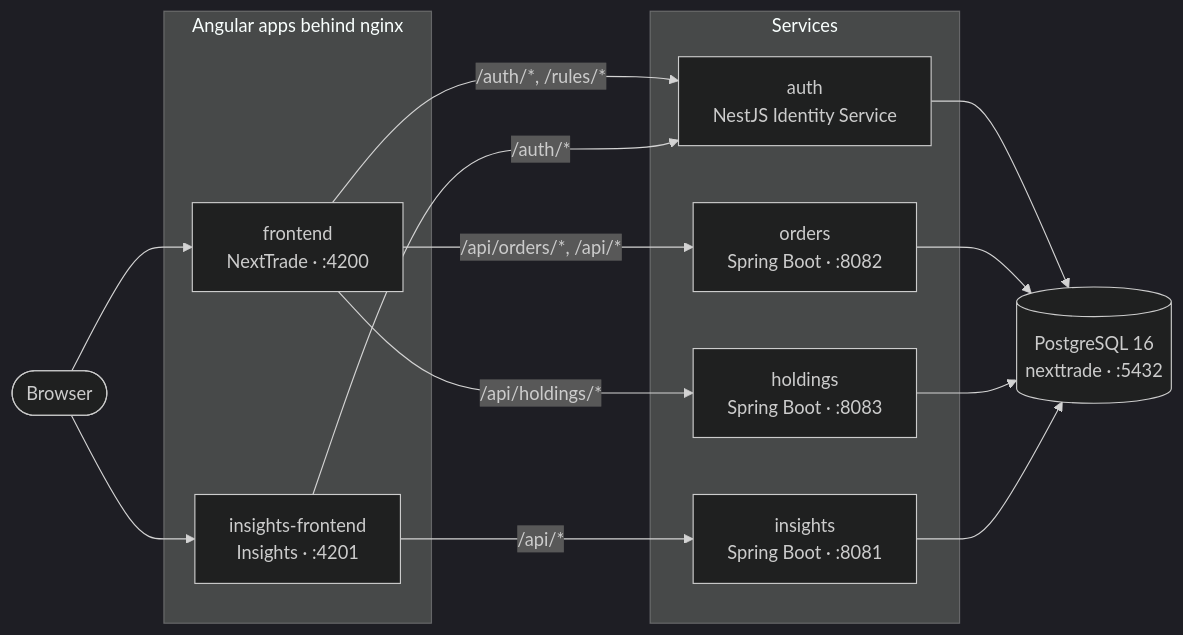
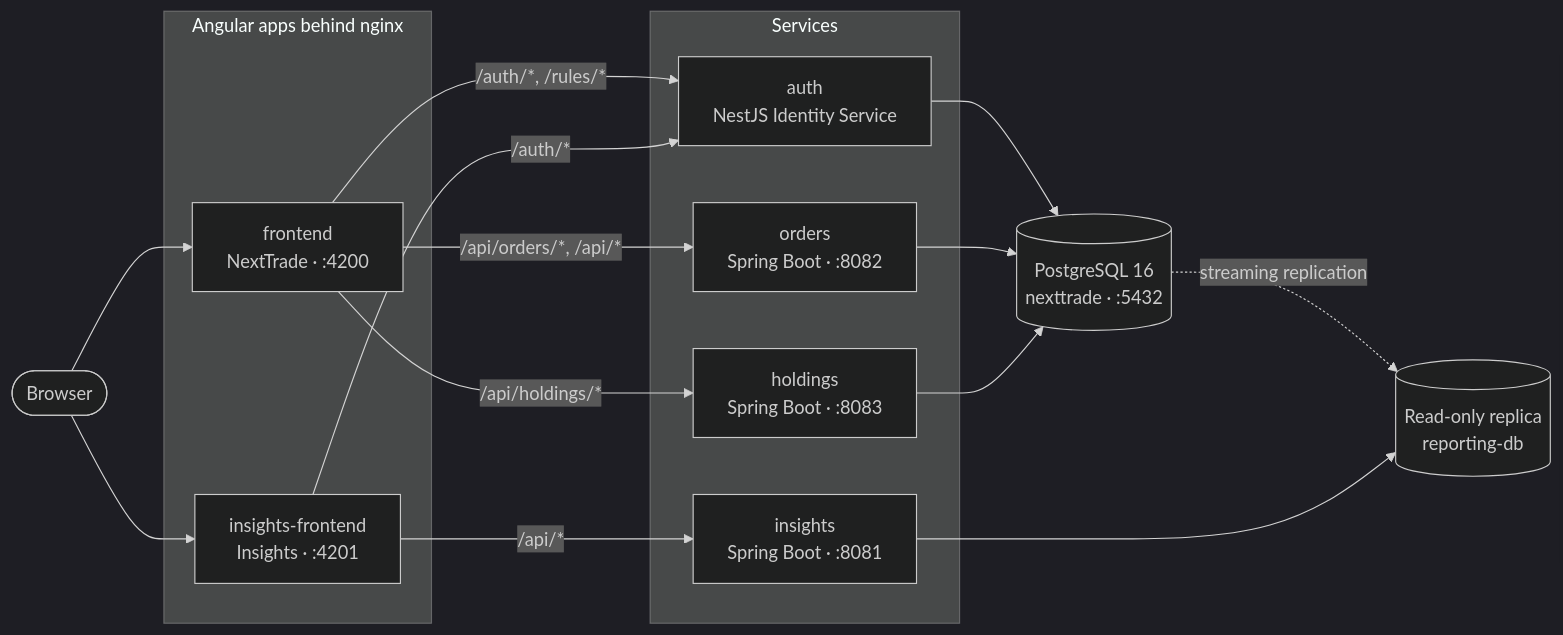
One commit to juliawiecek/lil-leap changed the first of 2 diagrams in README.md. Above: the diagram before and after it, drawn with Mermaid (dark theme). The commit also changed other lines of this file and 2 other files, not shown here.

Commit message:
feat(compose): restore the reporting replica so Insights never queries the main database (BR-16)

````diff
--- a/README.md
+++ b/README.md
@@ -101,26 +101,29 @@
 ```mermaid
 flowchart LR
     browser([Browser])
 
     subgraph web["Angular apps behind nginx"]
         fe["frontend<br/>NextTrade · :4200"]
         ife["insights-frontend<br/>Insights · :4201"]
     end
 
     subgraph services["Services"]
         auth["auth<br/>NestJS Identity Service"]
         orders["orders<br/>Spring Boot · :8082"]
         holdings["holdings<br/>Spring Boot · :8083"]
         insights["insights<br/>Spring Boot · :8081"]
     end
 
     db[("PostgreSQL 16<br/>nexttrade · :5432")]
+    replica[("Read-only replica<br/>reporting-db")]
 
     browser --> fe & ife
     fe -- "/auth/*, /rules/*" --> auth
     fe -- "/api/orders/*, /api/*" --> orders
     fe -- "/api/holdings/*" --> holdings
     ife -- "/auth/*" --> auth
     ife -- "/api/*" --> insights
-    auth & orders & holdings & insights --> db
+    auth & orders & holdings --> db
+    db -. streaming replication .-> replica
+    insights --> replica
 ```
````
